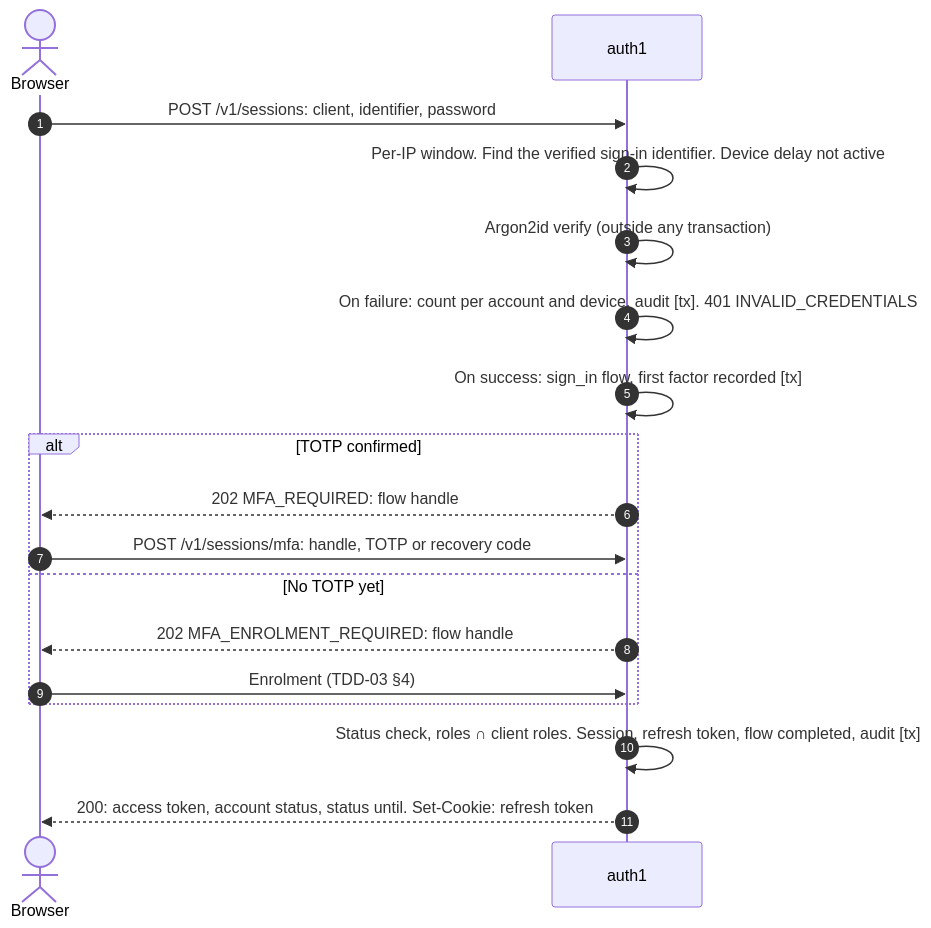
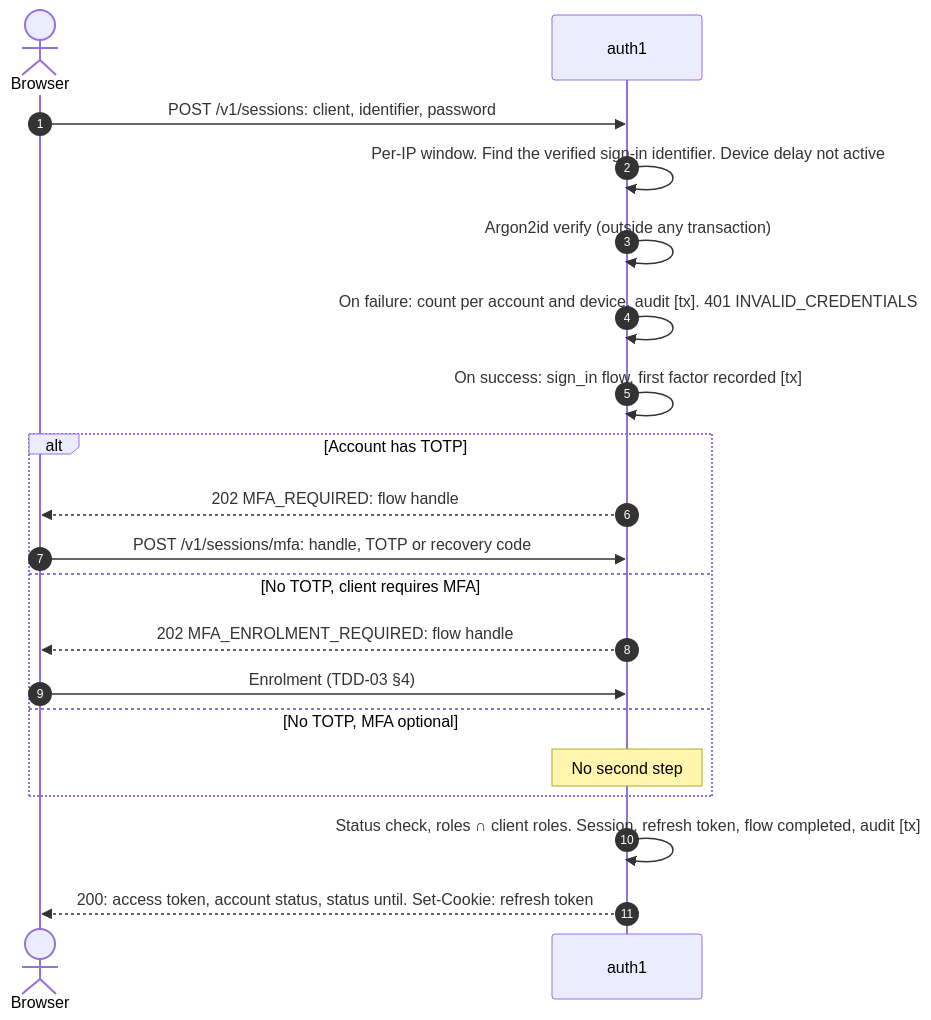
One commit to arafat-hasan/auth1 changed the fifth of 8 diagrams in docs/design.md. Above: the diagram before and after it, drawn with Mermaid. The commit also changed other lines of this file and 13 other files, not shown here.

First line of the commit message:
docs: make MFA optional (SDD 0.4)

````diff
--- a/docs/design.md
+++ b/docs/design.md
@@ -859,20 +883,22 @@
 ```mermaid
 sequenceDiagram
   autonumber
   actor B as Browser
   participant A as auth1
   B->>A: POST /v1/sessions: client, identifier, password
   A->>A: Per-IP window. Find the verified sign-in identifier. Device delay not active
   A->>A: Argon2id verify (outside any transaction)
   A->>A: On failure: count per account and device, audit [tx]. 401 INVALID_CREDENTIALS
   A->>A: On success: sign_in flow, first factor recorded [tx]
-  alt TOTP confirmed
+  alt Account has TOTP
     A-->>B: 202 MFA_REQUIRED: flow handle
     B->>A: POST /v1/sessions/mfa: handle, TOTP or recovery code
-  else No TOTP yet
+  else No TOTP, client requires MFA
     A-->>B: 202 MFA_ENROLMENT_REQUIRED: flow handle
     B->>A: Enrolment (TDD-03 §4)
+  else No TOTP, MFA optional
+    Note over A: No second step
   end
   A->>A: Status check, roles ∩ client roles. Session, refresh token, flow completed, audit [tx]
   A-->>B: 200: access token, account status, status until. Set-Cookie: refresh token
 ```
````
